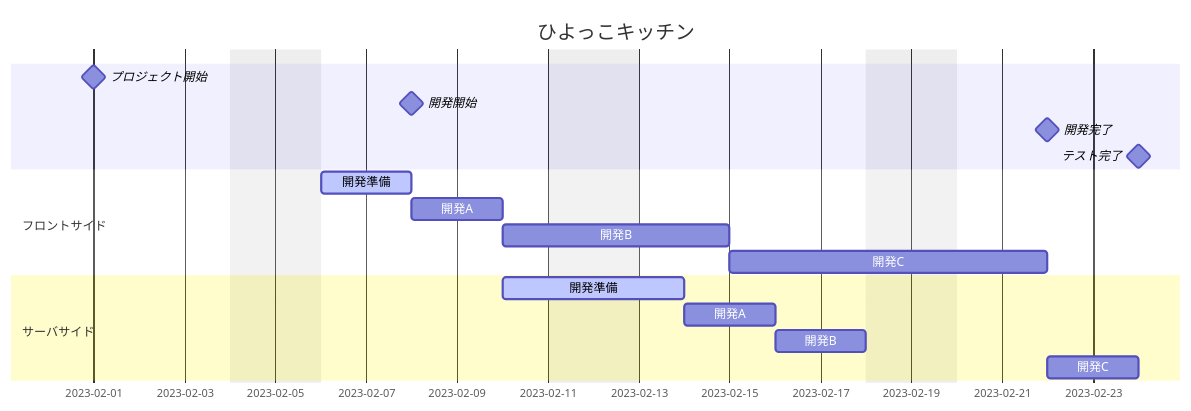
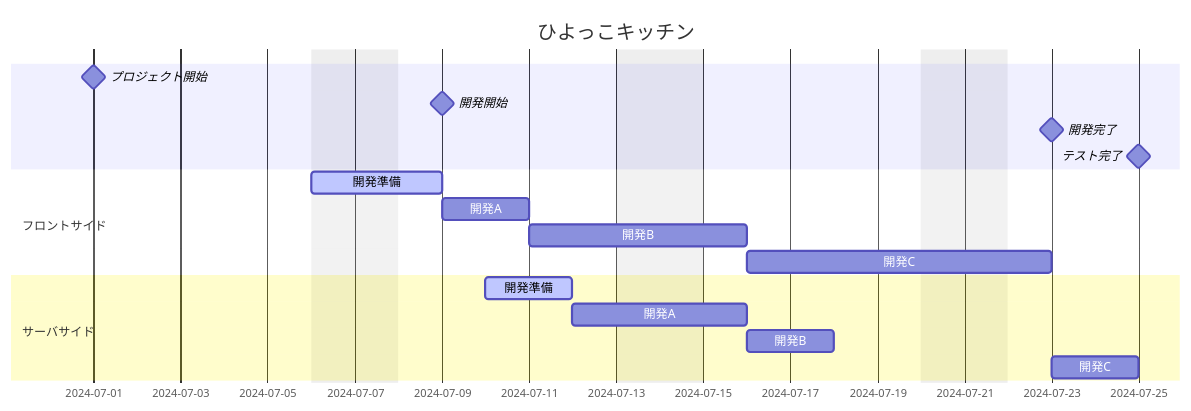
One commit to Mattya3/ChickKitchen changed the diagram in README.md. Above: the diagram before and after it, drawn with Mermaid.

Commit message:
make gantt

````diff
--- a/README.md
+++ b/README.md
@@ -5,24 +5,24 @@
 ```mermaid
 gantt
     title ひよっこキッチン
-    dateFormat  YYYY-MM-DD
+    dateFormat  MM-DD
     excludes    weekends
 
     section  
-        プロジェクト開始 : milestone, m1, 2023-02-01, 0d
+        プロジェクト開始 : milestone, m1, 2024-07-01, 0d
         開発開始 : milestone, m2, after a1, 0d
         開発完了 : milestone, m3, after a4, 0d
         テスト完了 : milestone, m3, after b4, 0d
 
     section フロントサイド
-        開発準備 :active,a1, 2023-02-06, 2d
+        開発準備 :active,a1, 2024-07-06, 2d
         開発A :a2, after a1, 2d
         開発B :a3, after a2, 3d
         開発C :a4, after a3, 5d
         
     section サーバサイド
-        開発準備 :active, b1, 2023-02-10  , 2d
+        開発準備 :active, b1, 2024-07-10  , 2d
         開発A :b2, after a2 b1  , 2d
         開発B :b3, after a3 b2  , 2d
         開発C :b4, after a4 b3  , 2d
 ```
````
